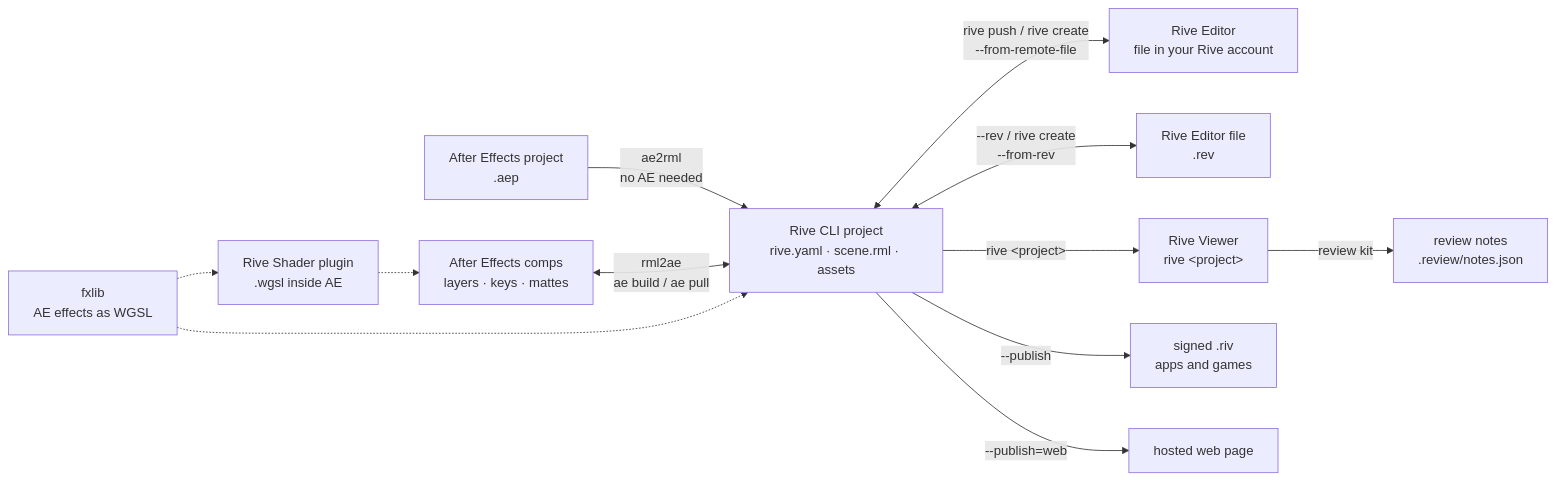
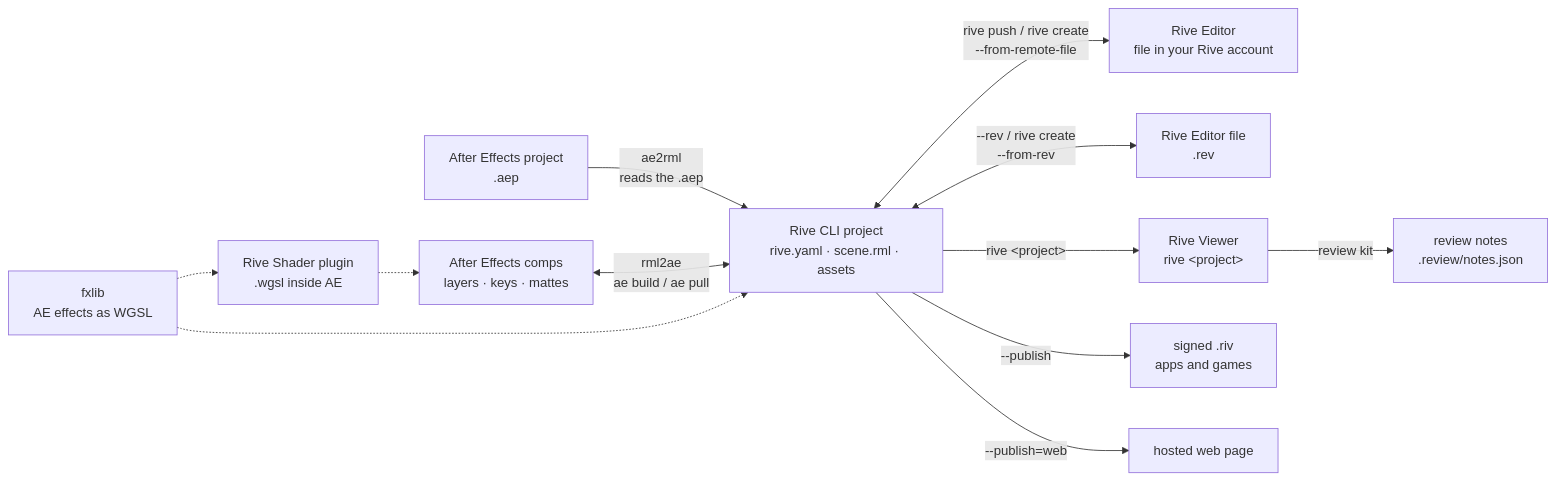
Before and after one commit to mysteropodes/ae-rml-rive-cli: the diagram in README.md, drawn with Mermaid. The commit also changed other lines of this file and 2 other files, not shown here.

First line of the commit message:
README: what ae2rml still needs After Effects for

````diff
--- a/README.md
+++ b/README.md
@@ -21,26 +24,26 @@
 ```mermaid
 flowchart LR
   AEP["After Effects project<br/>.aep"]
   COMPS["After Effects comps<br/>layers · keys · mattes"]
   SH["Rive Shader plugin<br/>.wgsl inside AE"]
   FX["fxlib<br/>AE effects as WGSL"]
   RML["Rive CLI project<br/>rive.yaml · scene.rml · assets"]
   EDITOR["Rive Editor<br/>file in your Rive account"]
   REV["Rive Editor file<br/>.rev"]
   VIEW["Rive Viewer<br/>rive &lt;project&gt;"]
   NOTES["review notes<br/>.review/notes.json"]
   RIV["signed .riv<br/>apps and games"]
   WEB["hosted web page"]
 
-  AEP -->|"ae2rml<br/>no AE needed"| RML
+  AEP -->|"ae2rml<br/>reads the .aep"| RML
   COMPS <-->|"rml2ae<br/>ae build / ae pull"| RML
   FX -.-> RML
   FX -.-> SH
   SH -.-> COMPS
   RML <-->|"rive push / rive create<br/>--from-remote-file"| EDITOR
   RML <-->|"--rev / rive create<br/>--from-rev"| REV
   RML -->|"rive &lt;project&gt;"| VIEW
   VIEW -->|"review kit"| NOTES
   RML -->|"--publish"| RIV
   RML -->|"--publish=web"| WEB
 ```
````
